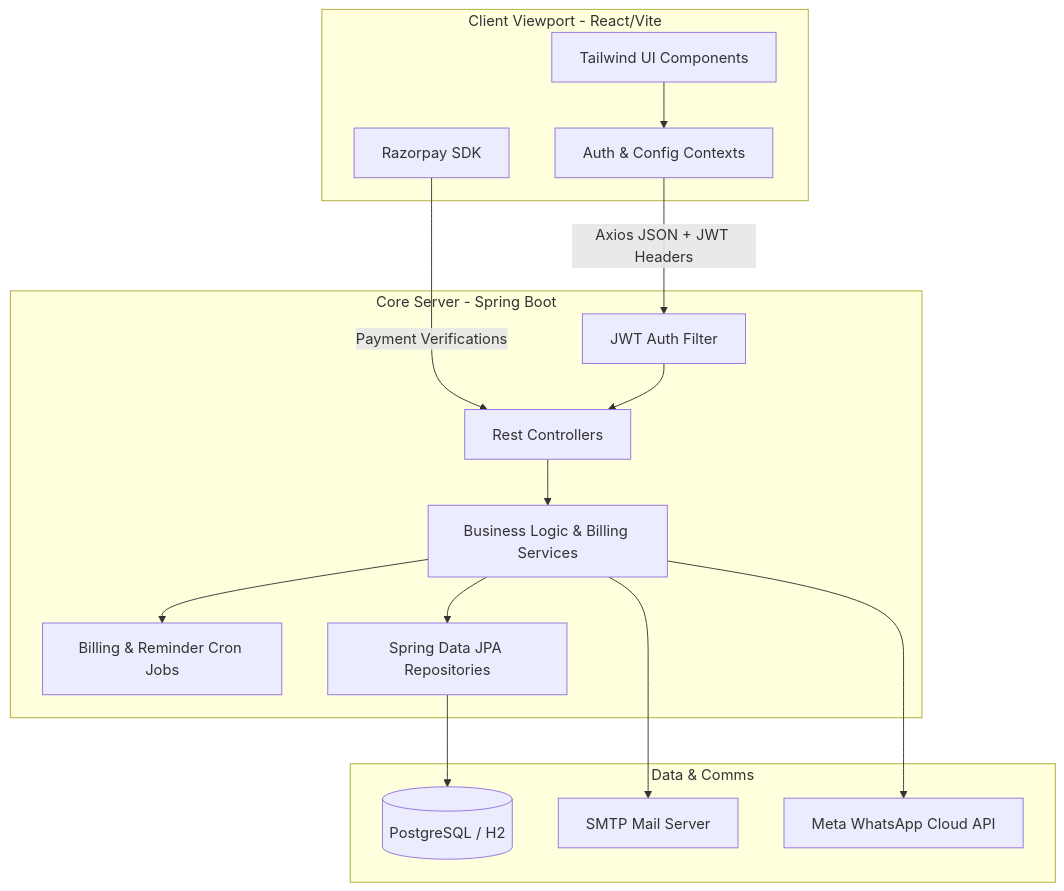
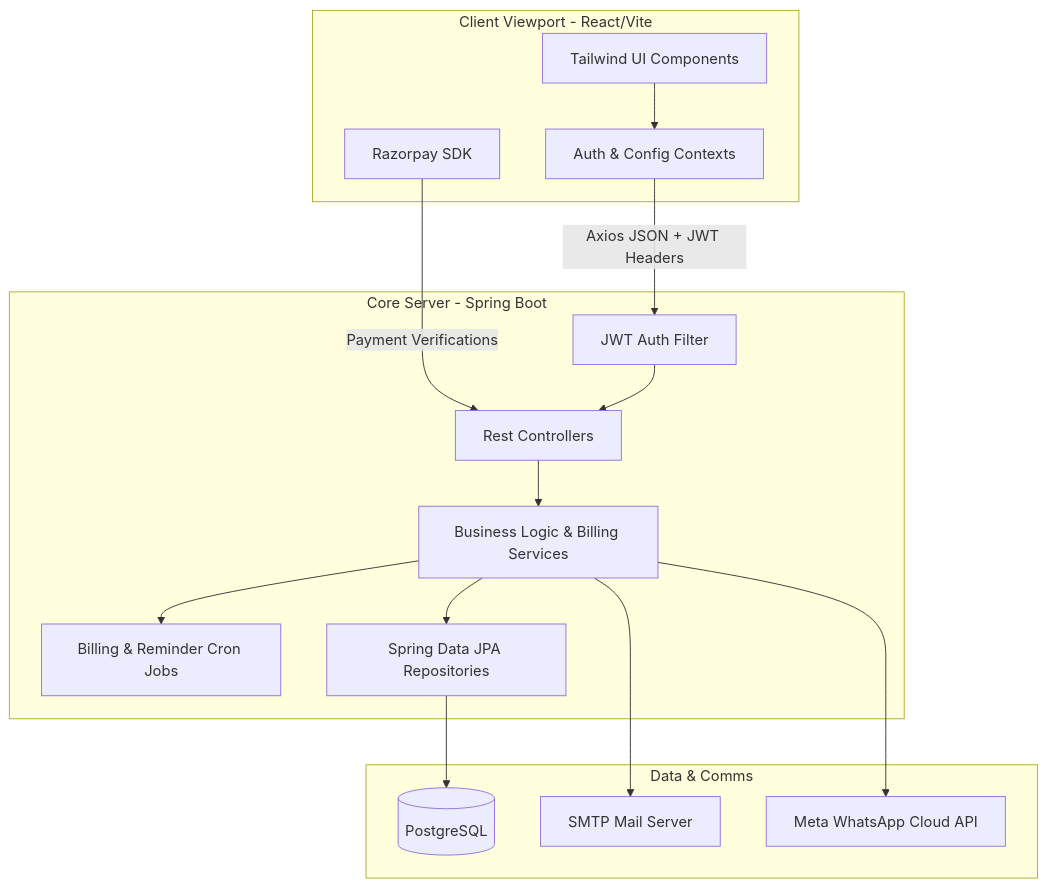
One commit to rahul-0906/PG-Project changed the diagram in README.md. Above: the diagram before and after it, drawn with Mermaid. The commit also changed other lines of this file and 3 other files, not shown here.

````diff
--- a/README.md
+++ b/README.md
@@ -57,33 +57,33 @@
 ```mermaid
 graph TD
     subgraph Frontend [Client Viewport - React/Vite]
         UI[Tailwind UI Components]
         Contexts[Auth & Config Contexts]
         SDKs[Razorpay SDK]
     end
 
     subgraph Backend [Core Server - Spring Boot]
         Filter[JWT Auth Filter]
         Controllers[Rest Controllers]
         Services[Business Logic & Billing Services]
         Schedulers[Billing & Reminder Cron Jobs]
         Repo[Spring Data JPA Repositories]
     end
 
     subgraph Infrastructure [Data & Comms]
-        DB[(PostgreSQL / H2)]
+        DB[(PostgreSQL)]
         Mail[SMTP Mail Server]
         MetaWhatsApp[Meta WhatsApp Cloud API]
     end
 
     UI --> Contexts
     Contexts -->|Axios JSON + JWT Headers| Filter
     SDKs -->|Payment Verifications| Controllers
     Filter --> Controllers
     Controllers --> Services
     Services --> Schedulers
     Services --> Repo
     Repo --> DB
     Services --> Mail
     Services --> MetaWhatsApp
 ```
````
